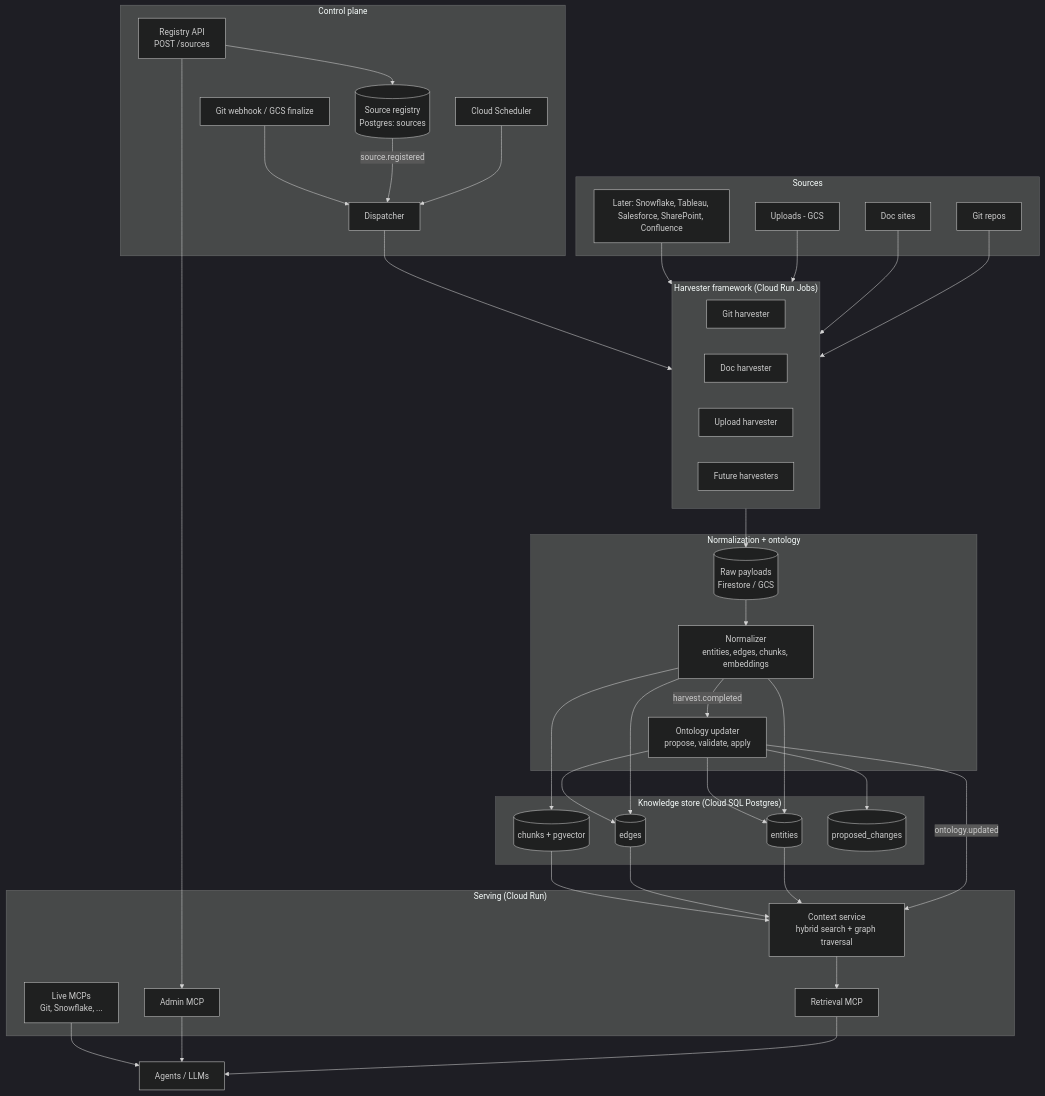
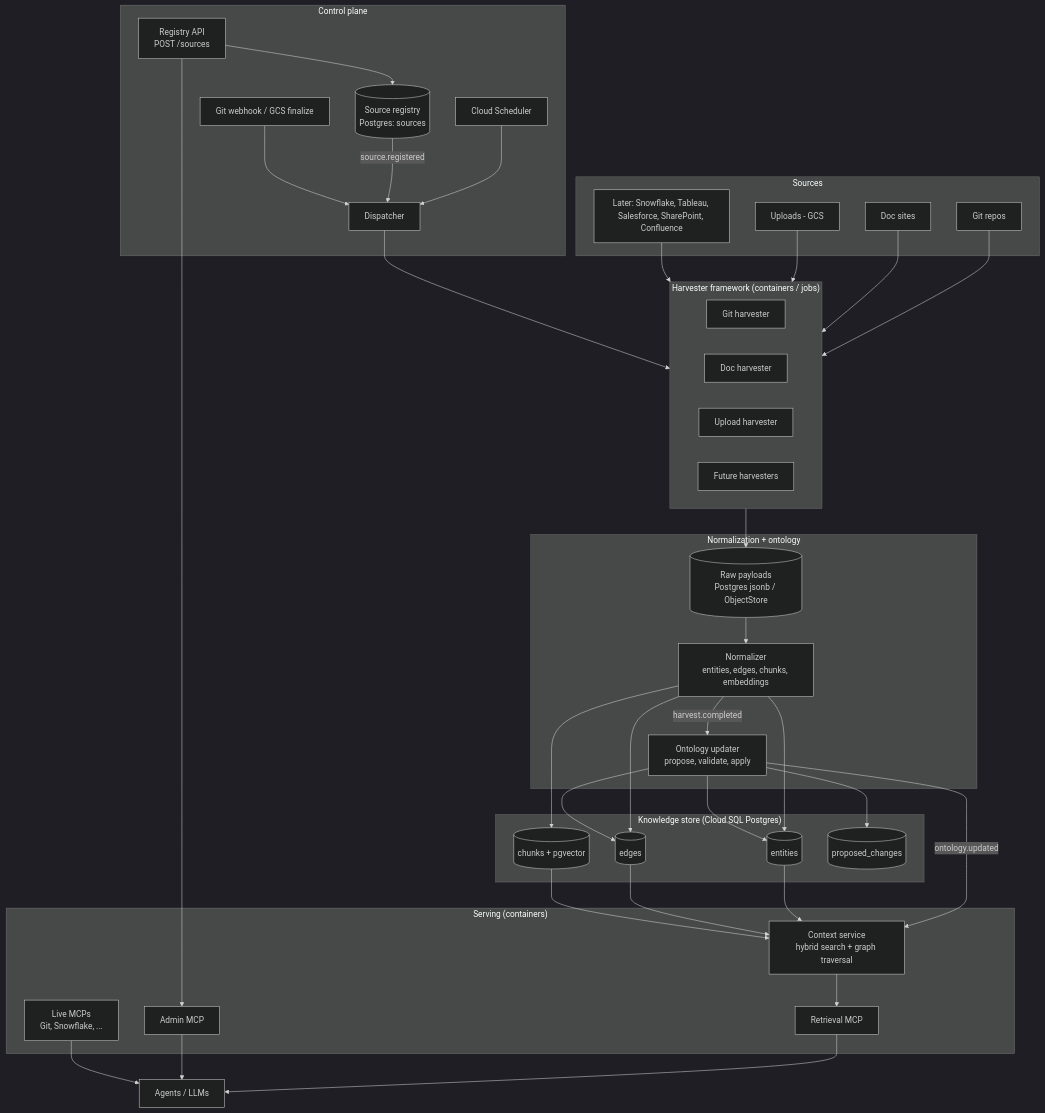
The diagram in docs/ARCHITECTURE.md (parthyinspira/context_platform), drawn with Mermaid (dark theme) before and after one commit. The commit also changed other lines of this file and 1 other file, not shown here.

First line of the commit message:
Make architecture container-first and cloud-portable (local, GCP, Azure)

````diff
--- a/docs/ARCHITECTURE.md
+++ b/docs/ARCHITECTURE.md
@@ -7,61 +7,61 @@
 ```mermaid
 flowchart TD
     subgraph Sources
         G[Git repos]
         D[Doc sites]
         U[Uploads - GCS]
         X[Later: Snowflake, Tableau, Salesforce, SharePoint, Confluence]
     end
 
     subgraph Control["Control plane"]
         REG[(Source registry<br/>Postgres: sources)]
         API[Registry API<br/>POST /sources]
         SCH[Cloud Scheduler] --> DSP[Dispatcher]
         WH[Git webhook / GCS finalize]
     end
 
-    subgraph Harvest["Harvester framework (Cloud Run Jobs)"]
+    subgraph Harvest["Harvester framework (containers / jobs)"]
         HG[Git harvester]
         HD[Doc harvester]
         HU[Upload harvester]
         HX[Future harvesters]
     end
 
     subgraph Process["Normalization + ontology"]
-        RAW[(Raw payloads<br/>Firestore / GCS)]
+        RAW[(Raw payloads<br/>Postgres jsonb / ObjectStore)]
         NORM[Normalizer<br/>entities, edges, chunks, embeddings]
         ONT[Ontology updater<br/>propose, validate, apply]
     end
 
     subgraph Store["Knowledge store (Cloud SQL Postgres)"]
         ENT[(entities)]
         EDG[(edges)]
         CHK[(chunks + pgvector)]
         PRP[(proposed_changes)]
     end
 
-    subgraph Serve["Serving (Cloud Run)"]
+    subgraph Serve["Serving (containers)"]
         CTX[Context service<br/>hybrid search + graph traversal]
         MCP1[Retrieval MCP]
         MCP2[Admin MCP]
         MCP3[Live MCPs<br/>Git, Snowflake, ...]
     end
 
     AGENT[Agents / LLMs]
 
     G & D & U & X --> Harvest
     API --> REG
     REG -->|source.registered| DSP
     DSP --> Harvest
     WH --> DSP
     Harvest --> RAW --> NORM
     NORM --> ENT & EDG & CHK
     NORM -->|harvest.completed| ONT
     ONT --> ENT & EDG
     ONT --> PRP
     ONT -->|ontology.updated| CTX
     ENT & EDG & CHK --> CTX
     CTX --> MCP1
     API --> MCP2
     MCP1 & MCP2 & MCP3 --> AGENT
 ```
````
